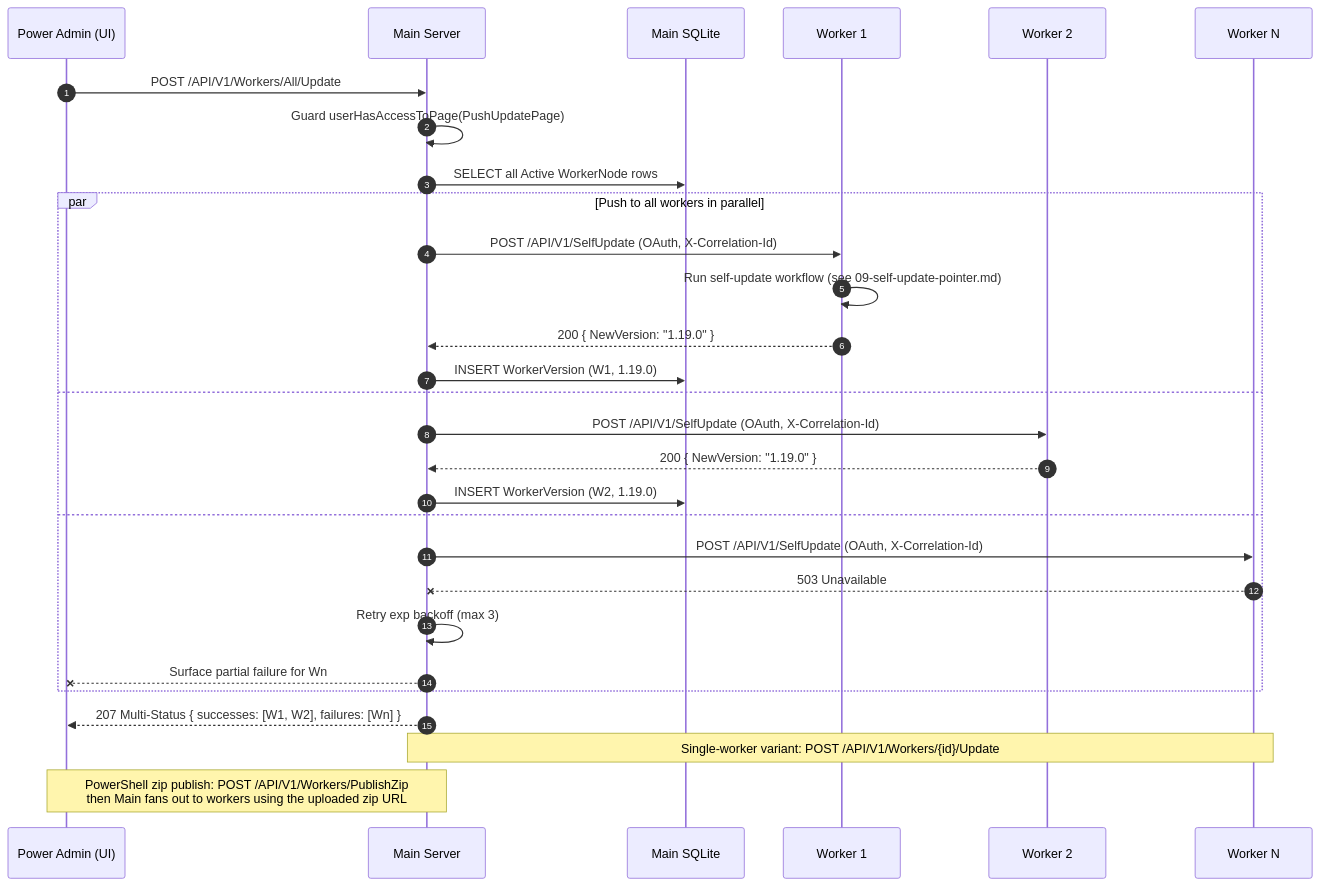
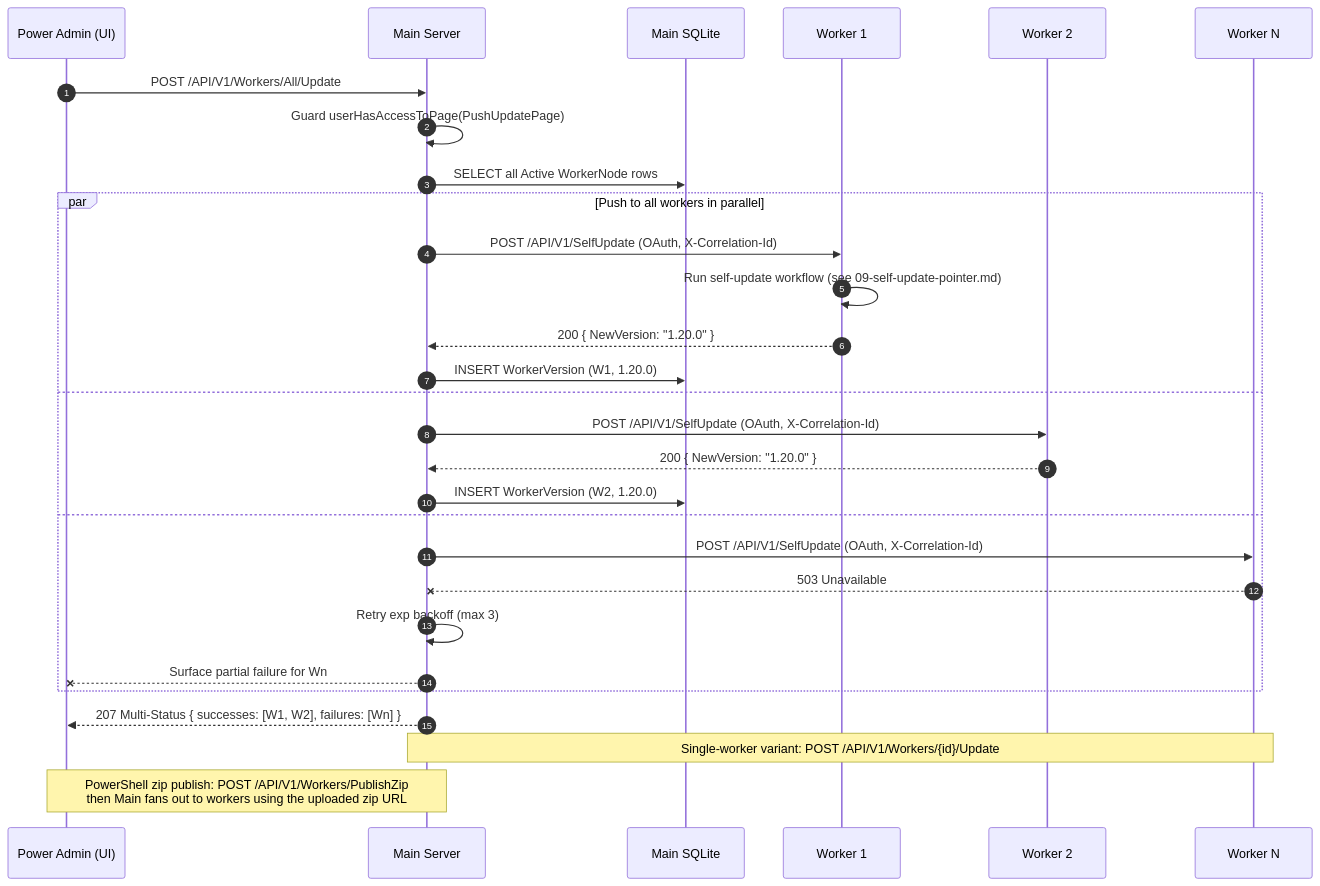
The diagram in spec/19-main-worker-service/diagrams/seq-push-update.mmd (alimtvnetwork/prompt-architect-v2), drawn with Mermaid before and after one commit. The commit also changed 16 other files, not shown here.

```diff
--- a/spec/19-main-worker-service/diagrams/seq-push-update.mmd
+++ b/spec/19-main-worker-service/diagrams/seq-push-update.mmd
@@ -1,43 +1,43 @@
 %% ==========================================================
 %% NON-AUTHORITATIVE PROJECTION
 %% ==========================================================
 %% Subject:        Power-Admin push-update fan-out
 %% Authoritative:  spec/14-update/28-worker-push-instruction.md + spec/19/15-tunable-constants.md
 %% Status:         Illustrative only. If this diagram disagrees
 %%                 with the authoritative spec(s) above, the
 %%                 spec wins and this file is the bug.
 %% Banner version: 1.0.0 (2026-05-04, audit fix #9)
 %% ==========================================================
 sequenceDiagram
     autonumber
     participant Admin as Power Admin (UI)
     participant Main as Main Server
     participant DB as Main SQLite
     participant W1 as Worker 1
     participant W2 as Worker 2
     participant Wn as Worker N
 
     Admin->>Main: POST /API/V1/Workers/All/Update
     Main->>Main: Guard userHasAccessToPage(PushUpdatePage)
     Main->>DB: SELECT all Active WorkerNode rows
 
     par Push to all workers in parallel
         Main->>W1: POST /API/V1/SelfUpdate (OAuth, X-Correlation-Id)
         W1->>W1: Run self-update workflow (see 09-self-update-pointer.md)
-        W1-->>Main: 200 { NewVersion: "1.19.0" }
-        Main->>DB: INSERT WorkerVersion (W1, 1.19.0)
+        W1-->>Main: 200 { NewVersion: "1.20.0" }
+        Main->>DB: INSERT WorkerVersion (W1, 1.20.0)
     and
         Main->>W2: POST /API/V1/SelfUpdate (OAuth, X-Correlation-Id)
-        W2-->>Main: 200 { NewVersion: "1.19.0" }
-        Main->>DB: INSERT WorkerVersion (W2, 1.19.0)
+        W2-->>Main: 200 { NewVersion: "1.20.0" }
+        Main->>DB: INSERT WorkerVersion (W2, 1.20.0)
     and
         Main->>Wn: POST /API/V1/SelfUpdate (OAuth, X-Correlation-Id)
         Wn--xMain: 503 Unavailable
         Main->>Main: Retry exp backoff (max 3)
         Main--xAdmin: Surface partial failure for Wn
     end
 
     Main-->>Admin: 207 Multi-Status { successes: [W1, W2], failures: [Wn] }
 
     Note over Main,Wn: Single-worker variant: POST /API/V1/Workers/{id}/Update
     Note over Admin,Main: PowerShell zip publish: POST /API/V1/Workers/PublishZip<br/>then Main fans out to workers using the uploaded zip URL
```
